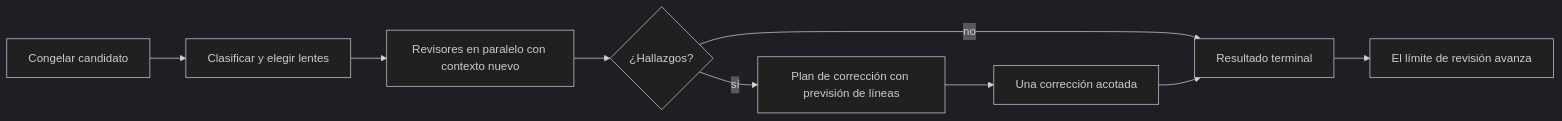
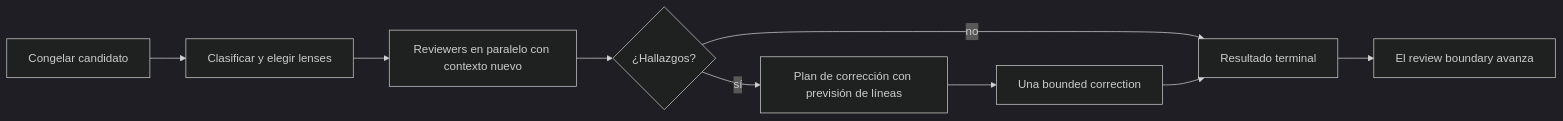
Before and after one commit to whinedo/ai-docs: the third of 4 diagrams in md/RDD en el ciclo ODD - guía para arquitectos.md, drawn with Mermaid (dark theme). The commit also changed other lines of this file and 7 other files, not shown here.

````diff
--- a/md/RDD en el ciclo ODD - guía para arquitectos.md
+++ b/md/RDD en el ciclo ODD - guía para arquitectos.md
@@ -125,7 +125,7 @@
 ```mermaid
 flowchart LR
-  F[Congelar candidato] --> L[Clasificar y elegir lentes] --> R[Revisores en paralelo con contexto nuevo] --> H{¿Hallazgos?}
+  F[Congelar candidato] --> L[Clasificar y elegir lenses] --> R[Reviewers en paralelo con contexto nuevo] --> H{¿Hallazgos?}
   H -- no --> T[Resultado terminal]
-  H -- sí --> P[Plan de corrección con previsión de líneas] --> C[Una corrección acotada] --> T
-  T --> B[El límite de revisión avanza]
+  H -- sí --> P[Plan de corrección con previsión de líneas] --> C[Una bounded correction] --> T
+  T --> B[El review boundary avanza]
 ```
````
